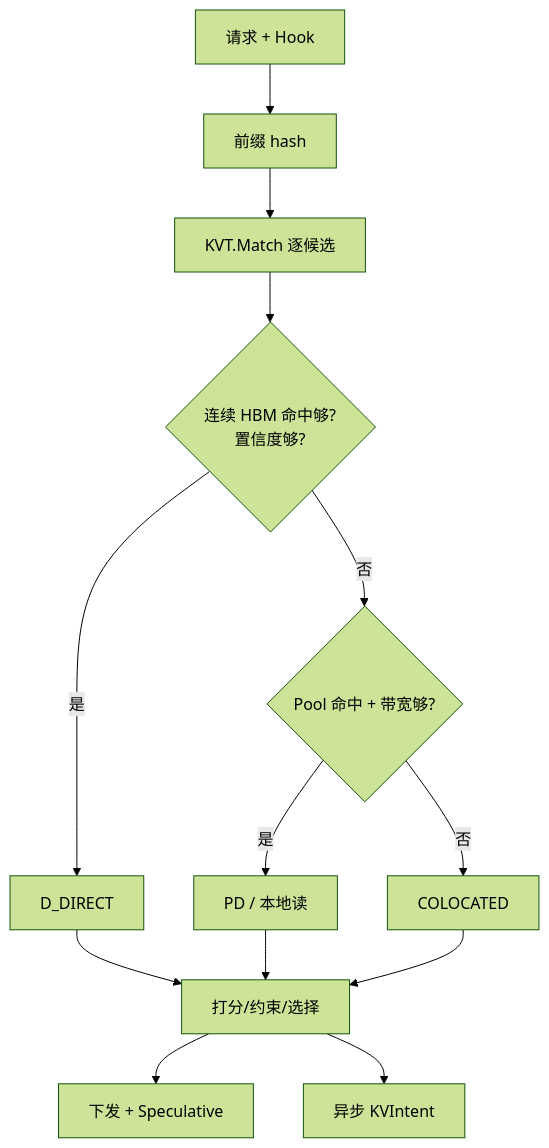
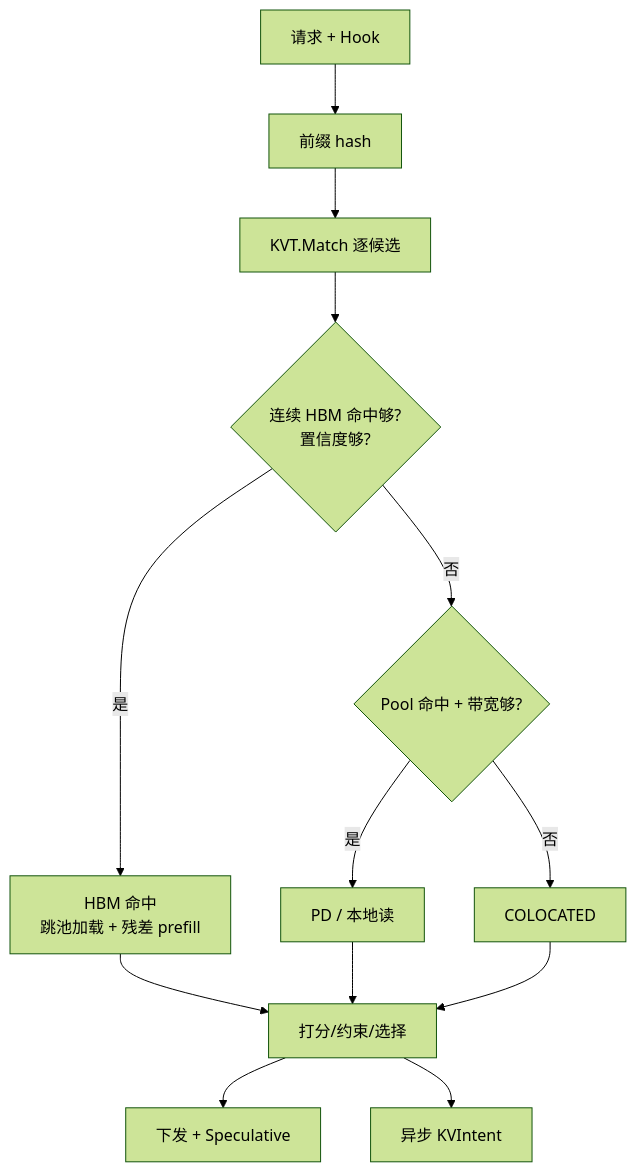
The sixth of 14 diagrams in kvcm/design/D8-joint-scheduling.md (5x8-40/lake), drawn with Mermaid (forest theme) before and after one commit. The commit also changed other lines of this file and 3 other files, not shown here.

````diff
--- a/kvcm/design/D8-joint-scheduling.md
+++ b/kvcm/design/D8-joint-scheduling.md
@@ -311,15 +311,15 @@
 ```mermaid
 flowchart TB
     S["请求 + Hook"] --> P["前缀 hash"]
     P --> M["KVT.Match 逐候选"]
     M --> D{"连续 HBM 命中够?<br/>置信度够?"}
-    D -->|"是"| DD["D_DIRECT"]
+    D -->|"是"| DD["HBM 命中<br/>跳池加载 + 残差 prefill"]
     D -->|"否"| T{"Pool 命中 + 带宽够?"}
     T -->|"是"| PD["PD / 本地读"]
     T -->|"否"| CO["COLOCATED"]
     DD --> SC["打分/约束/选择"]
     PD --> SC
     CO --> SC
     SC --> O["下发 + Speculative"]
     SC --> I["异步 KVIntent"]
 ```
````
